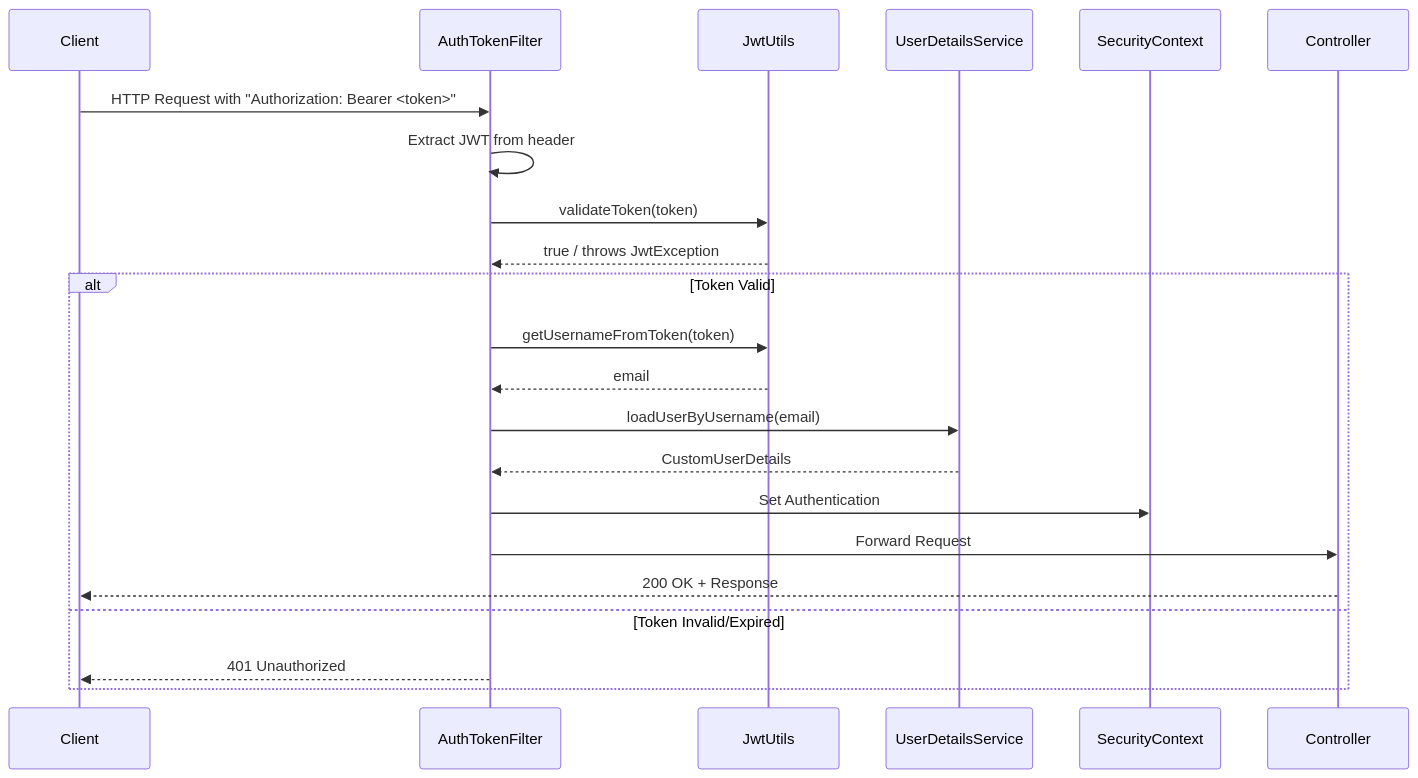
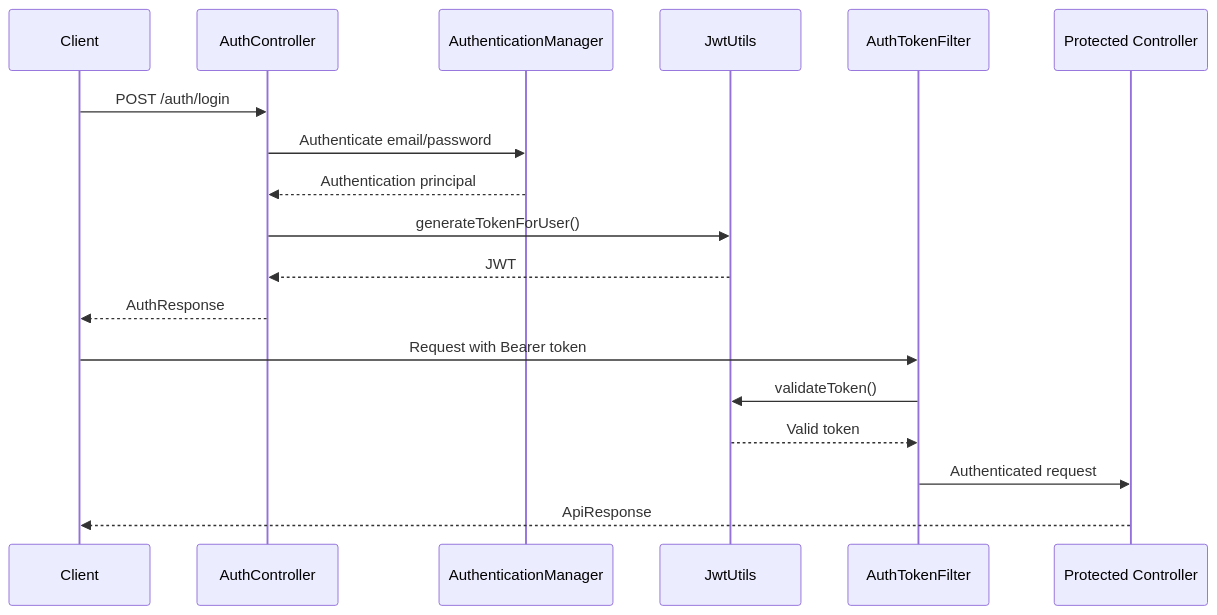
One commit to 3uumrr/sawah-backend changed the third of 3 diagrams in README.md. Above: the diagram before and after it, drawn with Mermaid. The commit also changed other lines of this file, not shown here.

````diff
--- a/README.md
+++ b/README.md
@@ -794,26 +511,21 @@
 ```mermaid
 sequenceDiagram
     participant C as Client
+    participant AC as AuthController
+    participant AM as AuthenticationManager
+    participant JWT as JwtUtils
     participant F as AuthTokenFilter
-    participant J as JwtUtils
-    participant U as UserDetailsService
-    participant SC as SecurityContext
-    participant CT as Controller
+    participant API as Protected Controller
 
-    C->>F: HTTP Request with "Authorization: Bearer <token>"
-    F->>F: Extract JWT from header
-    F->>J: validateToken(token)
-    J-->>F: true / throws JwtException
-
-    alt Token Valid
-        F->>J: getUsernameFromToken(token)
-        J-->>F: email
-        F->>U: loadUserByUsername(email)
-        U-->>F: CustomUserDetails
-        F->>SC: Set Authentication
-        F->>CT: Forward Request
-        CT-->>C: 200 OK + Response
-    else Token Invalid/Expired
-        F-->>C: 401 Unauthorized
-    end
+    C->>AC: POST /auth/login
+    AC->>AM: Authenticate email/password
+    AM-->>AC: Authentication principal
+    AC->>JWT: generateTokenForUser()
+    JWT-->>AC: JWT
+    AC-->>C: AuthResponse
+    C->>F: Request with Bearer token
+    F->>JWT: validateToken()
+    JWT-->>F: Valid token
+    F->>API: Authenticated request
+    API-->>C: ApiResponse
 ```
````
